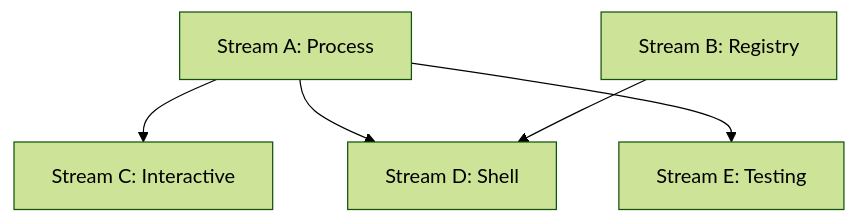
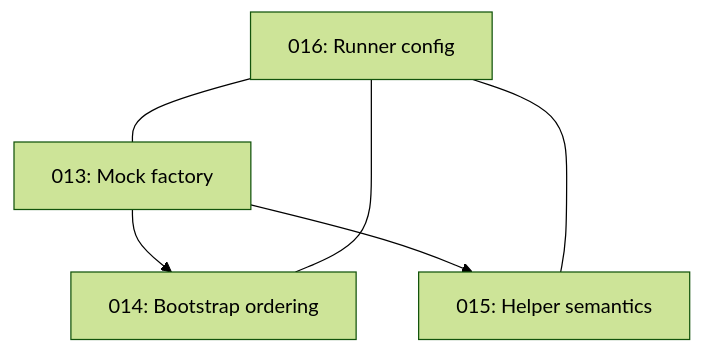
The diagram in .claude/epics/vitest-wallaby-testbed/009-analysis.md (nathanvale/orchestr8), drawn with Mermaid (forest theme) before and after one commit. The commit also changed other lines of this file and 21 other files, not shown here.

First line of the commit message:
feat(testkit): implement single authoritative mock factory for Task 013

````diff
--- a/.claude/epics/vitest-wallaby-testbed/009-analysis.md
+++ b/.claude/epics/vitest-wallaby-testbed/009-analysis.md
@@ -51,7 +49,8 @@
 ```mermaid
 graph TD
-    A[Stream A: Process] --> C[Stream C: Interactive]
-    A --> D[Stream D: Shell]
-    B[Stream B: Registry] --> D
-    A --> E[Stream E: Testing]
+  A[013: Mock factory] --> B[014: Bootstrap ordering]
+  A --> C[015: Helper semantics]
+  D[016: Runner config] --- A
+  D --- B
+  D --- C
 ```
````
